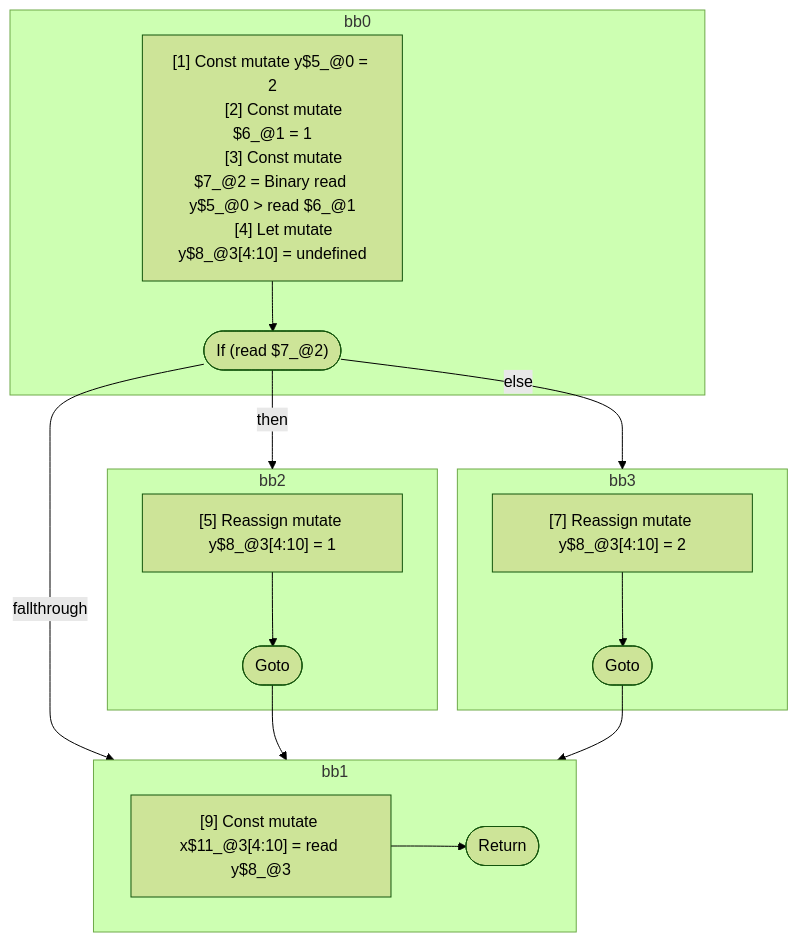
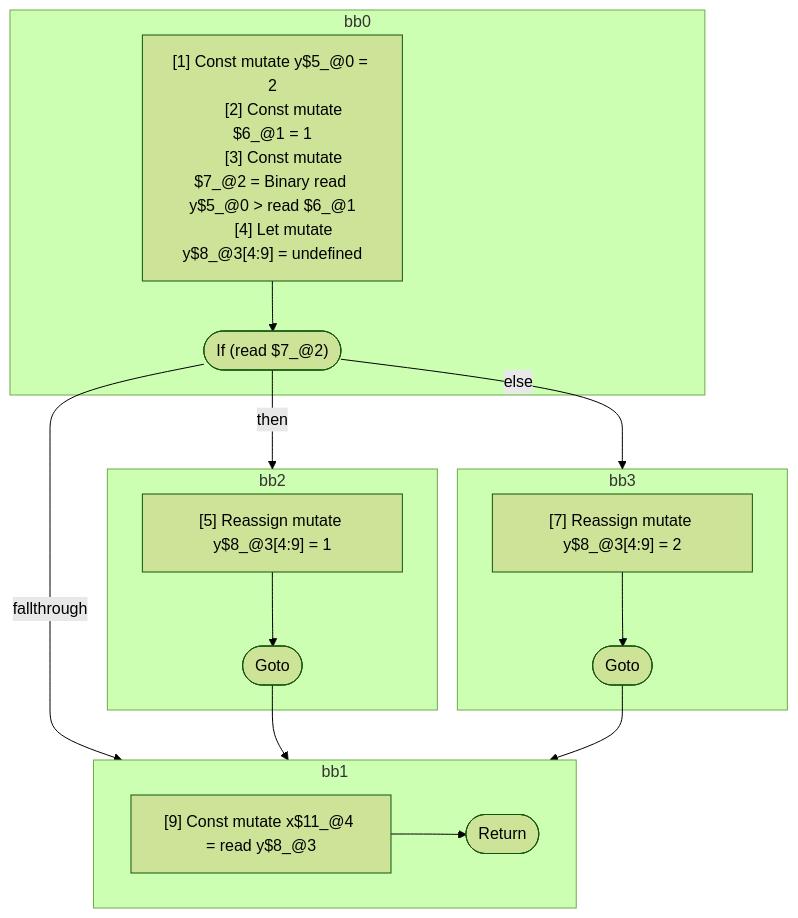
Before and after one commit to wutsmog/private: the diagram in compiler/forget/src/__tests__/fixtures/hir/ssa-simple-phi.expect.md, drawn with Mermaid (forest theme). The commit also changed other lines of this file and 9 other files, not shown here.

````diff
--- a/compiler/forget/src/__tests__/fixtures/hir/ssa-simple-phi.expect.md
+++ b/compiler/forget/src/__tests__/fixtures/hir/ssa-simple-phi.expect.md
@@ -49,39 +51,39 @@
 ```mermaid
 flowchart TB
   %% Basic Blocks
   subgraph bb0
     bb0_instrs["
       [1] Const mutate y$5_@0 = 2
       [2] Const mutate $6_@1 = 1
       [3] Const mutate $7_@2 = Binary read y$5_@0 > read $6_@1
-      [4] Let mutate y$8_@3[4:10] = undefined
+      [4] Let mutate y$8_@3[4:9] = undefined
     "]
     bb0_instrs --> bb0_terminal(["If (read $7_@2)"])
   end
   subgraph bb2
     bb2_instrs["
-      [5] Reassign mutate y$8_@3[4:10] = 1
+      [5] Reassign mutate y$8_@3[4:9] = 1
     "]
     bb2_instrs --> bb2_terminal(["Goto"])
   end
   subgraph bb3
     bb3_instrs["
-      [7] Reassign mutate y$8_@3[4:10] = 2
+      [7] Reassign mutate y$8_@3[4:9] = 2
     "]
     bb3_instrs --> bb3_terminal(["Goto"])
   end
   subgraph bb1
     bb1_instrs["
-      [9] Const mutate x$11_@3[4:10] = read y$8_@3
+      [9] Const mutate x$11_@4 = read y$8_@3
     "]
     bb1_instrs --> bb1_terminal(["Return"])
   end
 
   %% Jumps
   bb0_terminal -- "then" --> bb2
   bb0_terminal -- "else" --> bb3
   bb0_terminal -- "fallthrough" --> bb1
   bb2_terminal --> bb1
   bb3_terminal --> bb1
 
 ```
````
